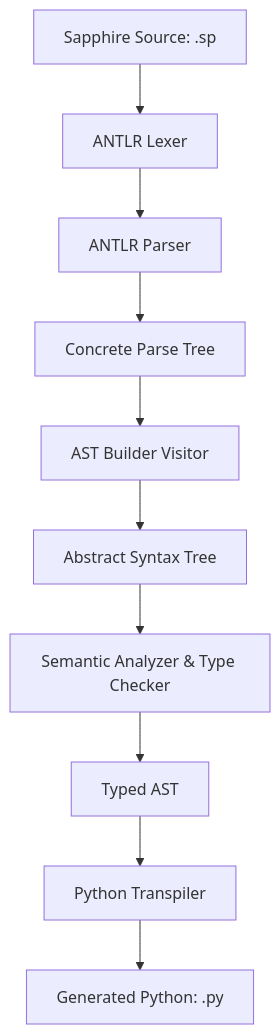
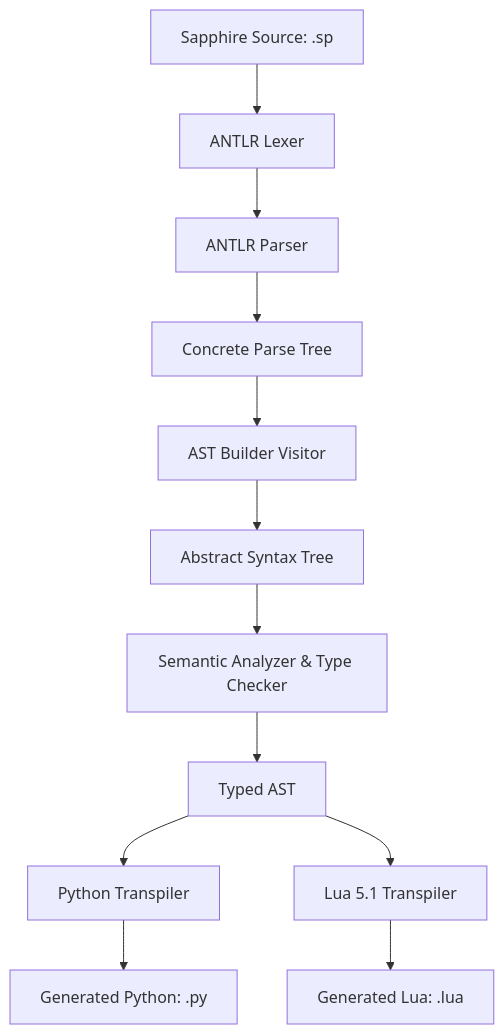
One commit to zziccardi/sapphire changed the diagram in docs/compiler.md. Above: the diagram before and after it, drawn with Mermaid. The commit also changed other lines of this file and 2 other files, not shown here.

````diff
--- a/docs/compiler.md
+++ b/docs/compiler.md
@@ -9,12 +9,14 @@
 ```mermaid
 graph TD
     source[Sapphire Source: .sp] --> lexer[ANTLR Lexer]
     lexer --> parser[ANTLR Parser]
     parser --> parse_tree[Concrete Parse Tree]
     parse_tree --> ast_builder[AST Builder Visitor]
     ast_builder --> ast[Abstract Syntax Tree]
     ast --> sema[Semantic Analyzer & Type Checker]
     sema --> checked_ast[Typed AST]
-    checked_ast --> codegen[Python Transpiler]
-    codegen --> py_source[Generated Python: .py]
+    checked_ast --> codegen_py[Python Transpiler]
+    checked_ast --> codegen_lua[Lua 5.1 Transpiler]
+    codegen_py --> py_source[Generated Python: .py]
+    codegen_lua --> lua_source[Generated Lua: .lua]
 ```
````
